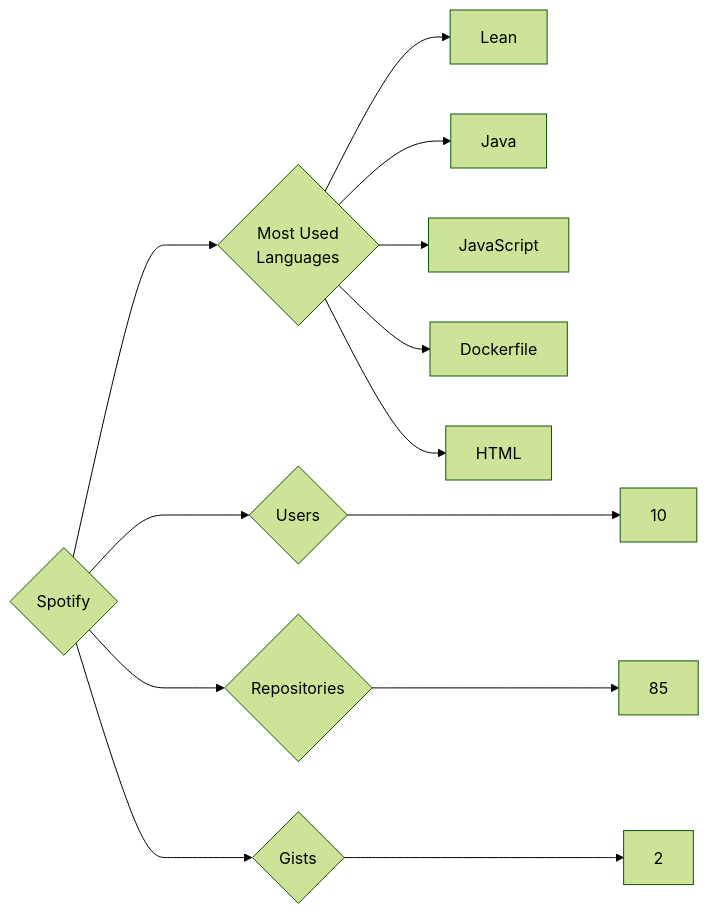
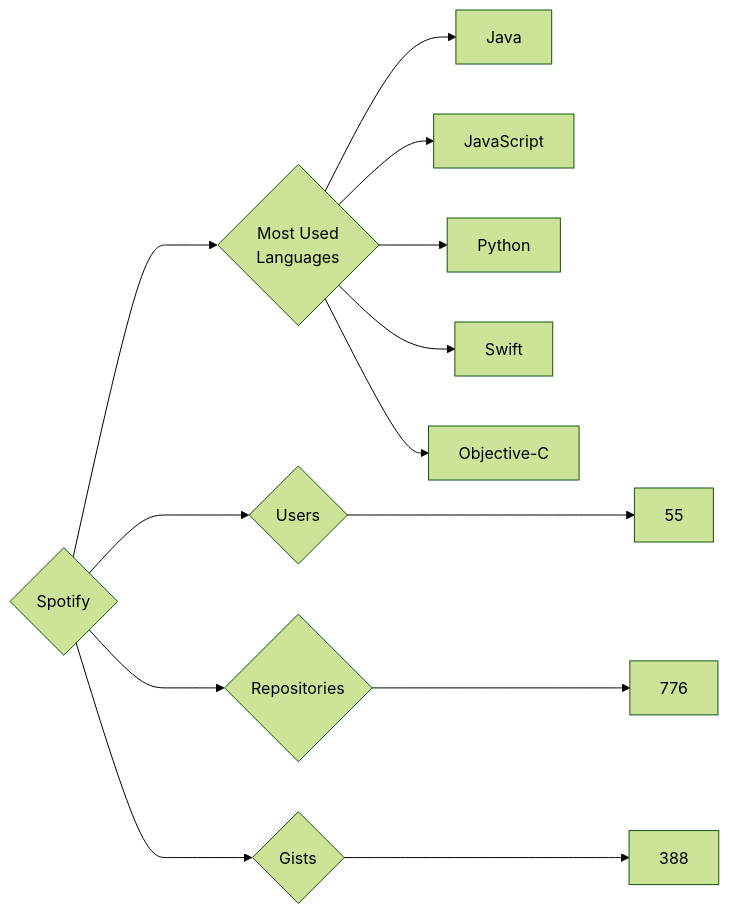
Before and after one commit to trickest/insiders: the diagram in targets/Spotify/README.md, drawn with Mermaid (forest theme). The commit also changed 877 other files, not shown here.

````diff
--- a/targets/Spotify/README.md
+++ b/targets/Spotify/README.md
@@ -3,13 +3,13 @@
 ```mermaid
 graph LR
 COMPANY_NAME{Spotify}
-COMPANY_NAME ---> U{Users} ---> UN[10]
-COMPANY_NAME ---> R{Repositories} ---> RN[85]
-COMPANY_NAME ---> G{Gists} ---> GN[2]
+COMPANY_NAME ---> U{Users} ---> UN[55]
+COMPANY_NAME ---> R{Repositories} ---> RN[776]
+COMPANY_NAME ---> G{Gists} ---> GN[388]
 COMPANY_NAME ---> ML{Most Used<br>Languages}
-ML --> Lean[Lean]
 ML --> Java[Java]
 ML --> JavaScript[JavaScript]
-ML --> Dockerfile[Dockerfile]
-ML --> HTML[HTML]
+ML --> Python[Python]
+ML --> Swift[Swift]
+ML --> Objective-C[Objective-C]
 ```
````
